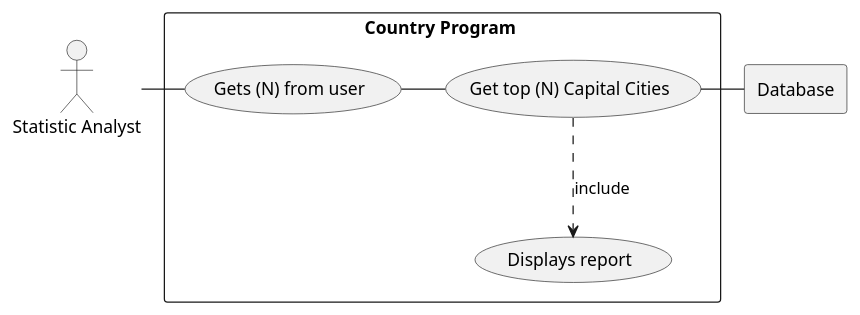
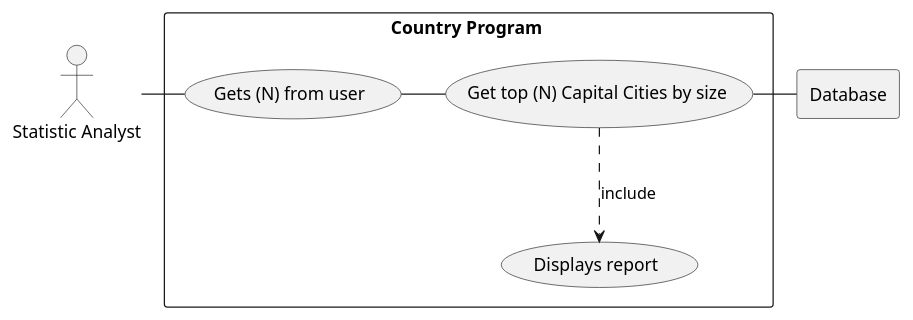
Before and after one commit to WezYoung/SEmethodsCoursework: the diagram in use-cases/use-case-6-diagram.puml, drawn with PlantUML. The commit also changed 2 other files, not shown here.

Commit message:
Commit to update use-case-diagrams.

```diff
--- a/use-cases/use-case-6-diagram.puml
+++ b/use-cases/use-case-6-diagram.puml
@@ -1,22 +1,22 @@
 @startuml
 
 actor HR as "Statistic Analyst"
 
 rectangle Database
 
 rectangle "Country Program " {
 
 
     usecase UC1 as "Gets (N) from user"
 
-    usecase UC2 as "Get top (N) Capital Cities"
+    usecase UC2 as "Get top (N) Capital Cities by size"
 
     usecase UCa as "Displays report"
 
     HR - UC1
     UC1 - UC2
     UC2 ..> UCa : include
     UC2 - Database
 }
 
 @enduml
```
